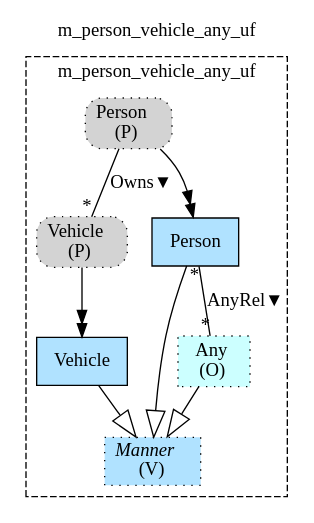
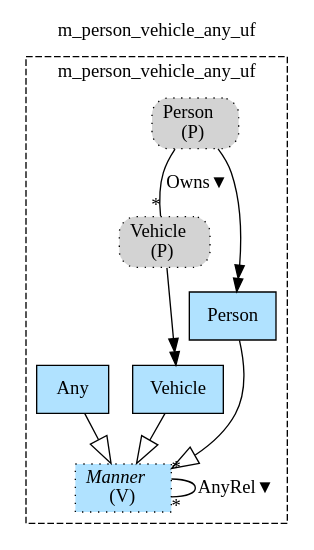
The diagram in Haskell/FragmentaTests/PersonVehicle/img/m_person_vehicle_any_uf.gv (namalio/Fragmenta), drawn with Graphviz before and after one commit. The commit also changed 106 other files, not shown here.

```diff
--- a/Haskell/FragmentaTests/PersonVehicle/img/m_person_vehicle_any_uf.gv
+++ b/Haskell/FragmentaTests/PersonVehicle/img/m_person_vehicle_any_uf.gv
@@ -1,19 +1,19 @@
 digraph {graph[label=m_person_vehicle_any_uf,labelloc=tl,labelfontsize=12];
 subgraph cluster_m_person_vehicle_any_uf{style=dashed;label=m_person_vehicle_any_uf;
 "PPerson"[shape=box,fillcolor=lightgray,style ="rounded,filled,dotted",label=<Person<br/>(P)>];
 "PVehicle"[shape=box,fillcolor=lightgray,style ="rounded,filled,dotted",label=<Vehicle<br/>(P)>];
+"Manner"[shape=record,fillcolor=lightskyblue1,style ="filled,dotted",label=<{<I>Manner</I><br/>(V)}>];
+"Any"[shape=record,fillcolor=lightskyblue1,style = filled,label="Any"];
 "Vehicle"[shape=record,fillcolor=lightskyblue1,style = filled,label="Vehicle"];
-"Manner"[shape=record,fillcolor=lightskyblue1,style ="filled,dotted",label=<{<I>Manner</I><br/>(V)}>];
 "Person"[shape=record,fillcolor=lightskyblue1,style = filled,label="Person"];
-"Any"[shape=record,fillcolor="#CCFFFF",style ="filled,dotted",label=<Any<br/>(O)>];
 
 "PPerson"->"PVehicle"[label="Owns▼",dir=none,taillabel="",headlabel="*"];
+"Manner"->"Manner"[label="AnyRel▼",dir=none,taillabel="*",headlabel="*"];
+"Any"->"Manner"[arrowhead=onormal,arrowsize=2.0];
+"Vehicle"->"Manner"[arrowhead=onormal,arrowsize=2.0];
 "Person"->"Manner"[arrowhead=onormal,arrowsize=2.0];
-"Vehicle"->"Manner"[arrowhead=onormal,arrowsize=2.0];
-"Any"->"Manner"[arrowhead=onormal,arrowsize=2.0];
-"Person"->"Any"[label="AnyRel▼",dir=none,taillabel="*",headlabel="*"];
 
 }
 "PPerson"->"Person"[arrowhead=normalnormal];
 "PVehicle"->"Vehicle"[arrowhead=normalnormal];
 }
```
